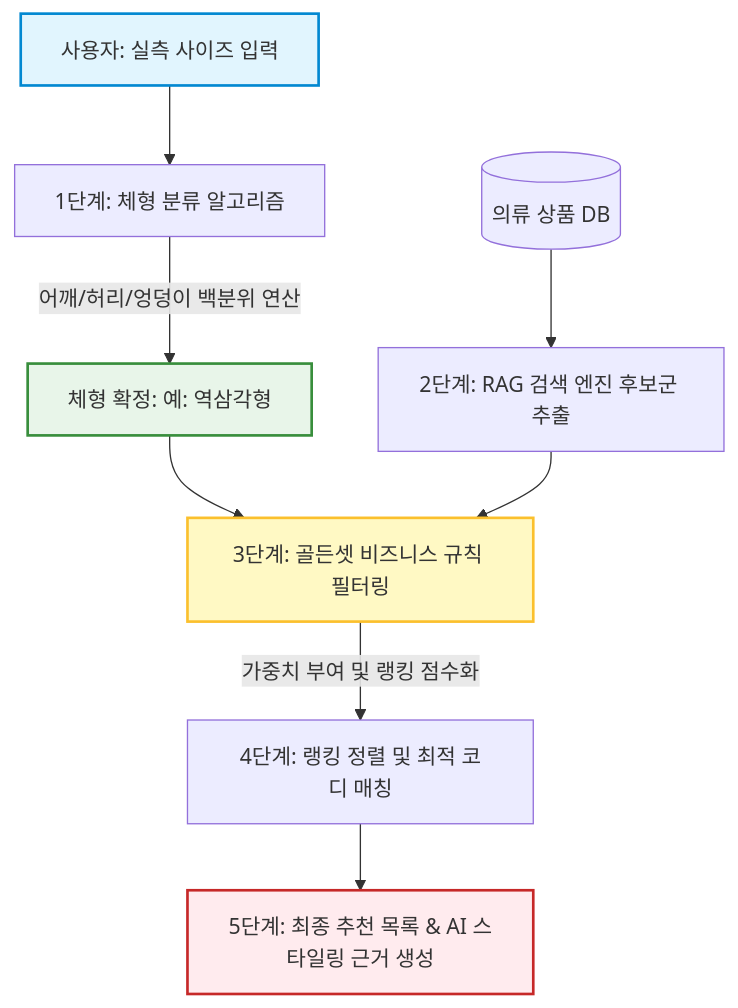
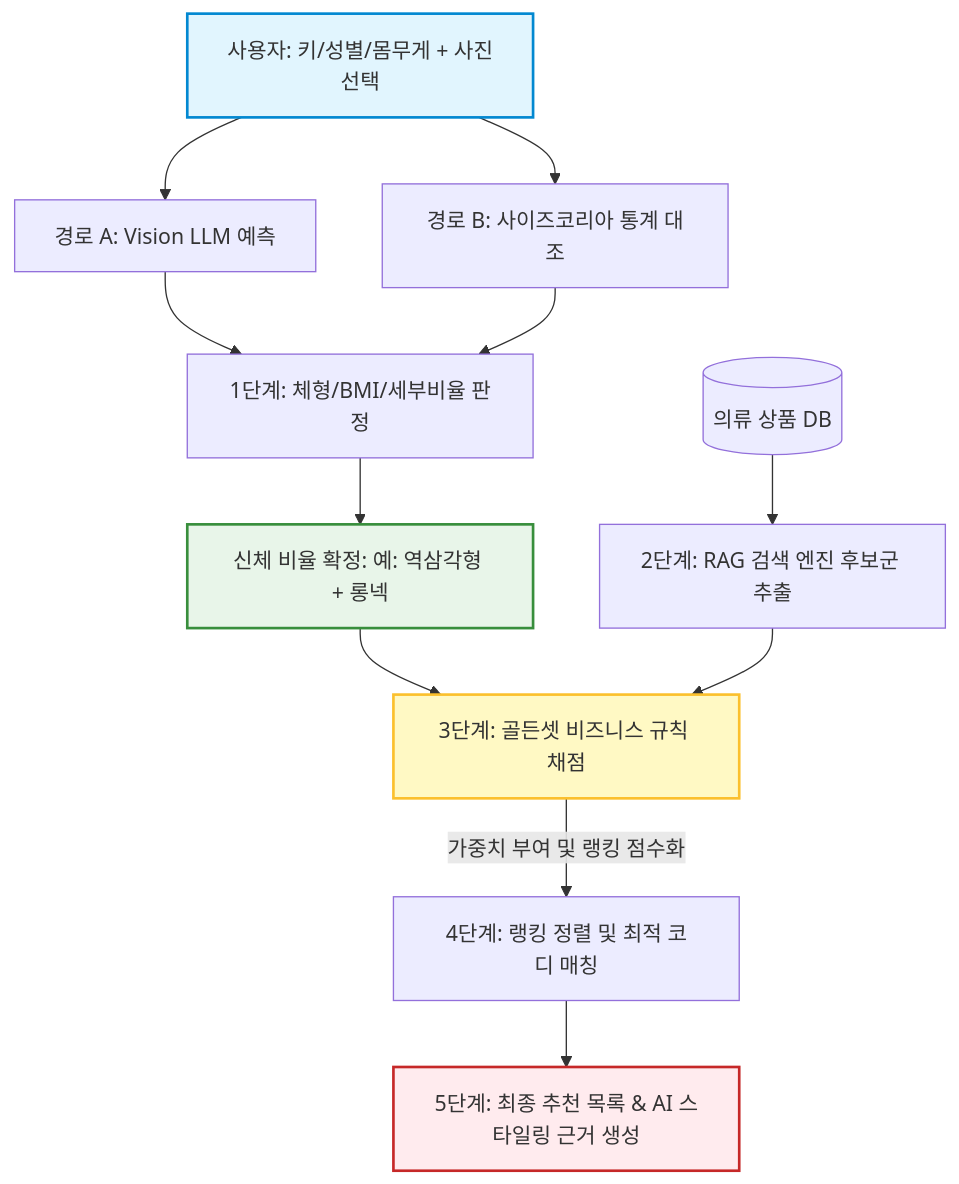
Before and after one commit to SKNETWORKS-FAMILY-AICAMP/SKN28-FINAL-1Team: the diagram in docs/recommendation-golden-set-guide.md, drawn with Mermaid. The commit also changed other lines of this file, not shown here.

First line of the commit message:
docs(recommend): 골든셋 가이드에 신체 사이즈 예측 2경로·판정 체계 추가

````diff
--- a/docs/recommendation-golden-set-guide.md
+++ b/docs/recommendation-golden-set-guide.md
@@ -43,22 +69,25 @@
 ```mermaid
 graph TD
     %% 사용자 입력 및 체형 판정
-    User[사용자: 실측 사이즈 입력] --> Classifier[1단계: 체형 분류 알고리즘]
-    Classifier -->|어깨/허리/엉덩이 백분위 연산| Type[체형 확정: 예: 역삼각형]
+    User[사용자: 키/성별/몸무게 + 사진선택] --> PathA[경로 A: Vision LLM 예측]
+    User --> PathB[경로 B: 사이즈코리아 통계 대조]
+    PathA --> Classifier[1단계: 체형/BMI/세부비율 판정]
+    PathB --> Classifier
+    Classifier --> Type[신체 비율 확정: 예: 역삼각형 + 롱넥]
     
     %% 추천 엔진 검색 및 필터링
     DB[(의류 상품 DB)] --> RAG[2단계: RAG 검색 엔진 후보군 추출]
     
     %% 골든셋 개입
-    Type --> Golden[3단계: 골든셋 비즈니스 규칙 필터링]
+    Type --> Golden[3단계: 골든셋 비즈니스 규칙 채점]
     RAG --> Golden
     
     %% 최종 추천 및 피드백
     Golden -->|가중치 부여 및 랭킹 점수화| Rank[4단계: 랭킹 정렬 및 최적 코디 매칭]
     Rank --> Output[5단계: 최종 추천 목록 & AI 스타일링 근거 생성]
     
     style User fill:#e1f5fe,stroke:#0288d1,stroke-width:2px
     style Type fill:#e8f5e9,stroke:#388e3c,stroke-width:2px
     style Golden fill:#fff9c4,stroke:#fbc02d,stroke-width:2px
     style Output fill:#ffebee,stroke:#c62828,stroke-width:2px
 ```
````
